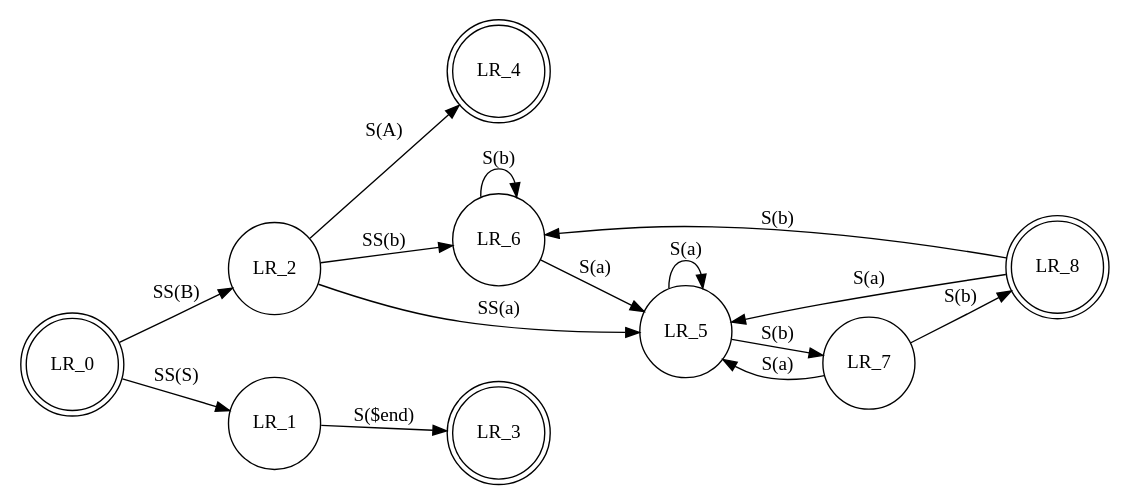
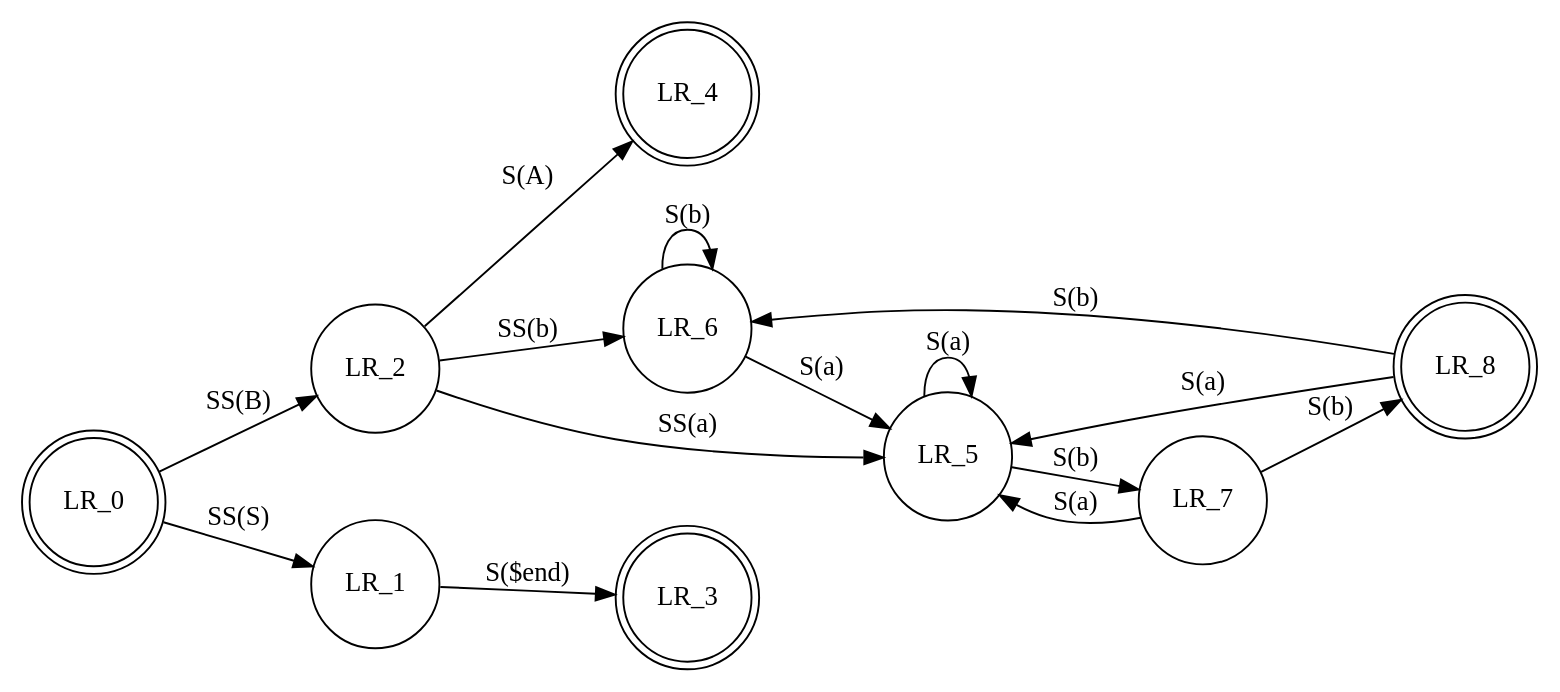
The second of 2 diagrams in sample.md (pandoc-ext/diagram), drawn with Graphviz before and after one commit.

Commit message:
diagram-generator: do not use fixed size for graphviz example

````diff
--- a/sample.md
+++ b/sample.md
@@ -58,22 +58,21 @@
 ```{.graphviz caption="This is an image, created by **Graphviz**'s dot."}
 digraph finite_state_machine {
 	rankdir=LR;
-	size="8,5"
 	node [shape = doublecircle]; LR_0 LR_3 LR_4 LR_8;
 	node [shape = circle];
 	LR_0 -> LR_2 [ label = "SS(B)" ];
 	LR_0 -> LR_1 [ label = "SS(S)" ];
 	LR_1 -> LR_3 [ label = "S($end)" ];
 	LR_2 -> LR_6 [ label = "SS(b)" ];
 	LR_2 -> LR_5 [ label = "SS(a)" ];
 	LR_2 -> LR_4 [ label = "S(A)" ];
 	LR_5 -> LR_7 [ label = "S(b)" ];
 	LR_5 -> LR_5 [ label = "S(a)" ];
 	LR_6 -> LR_6 [ label = "S(b)" ];
 	LR_6 -> LR_5 [ label = "S(a)" ];
 	LR_7 -> LR_8 [ label = "S(b)" ];
 	LR_7 -> LR_5 [ label = "S(a)" ];
 	LR_8 -> LR_6 [ label = "S(b)" ];
 	LR_8 -> LR_5 [ label = "S(a)" ];
 }
 ```
````
